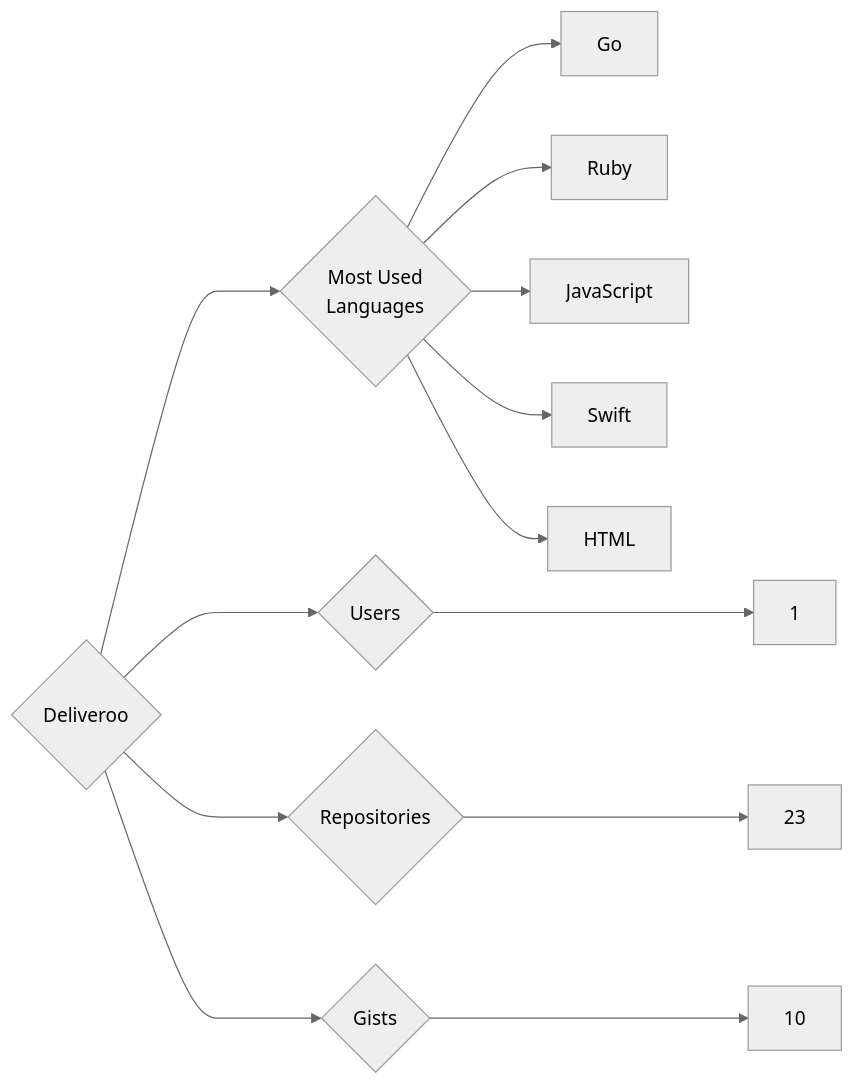
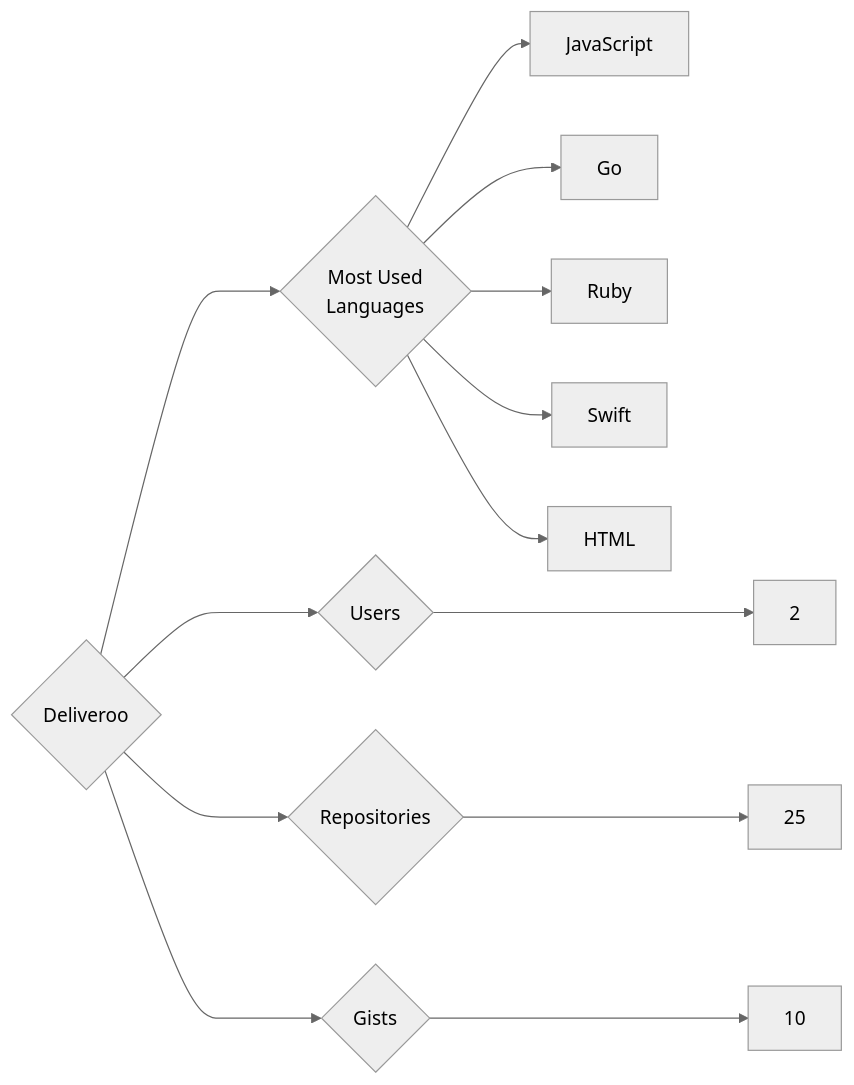
The diagram in targets/Deliveroo/README.md (trickest/insiders), drawn with Mermaid (neutral theme) before and after one commit. The commit also changed 912 other files, not shown here.

````diff
--- a/targets/Deliveroo/README.md
+++ b/targets/Deliveroo/README.md
@@ -3,13 +3,13 @@
 ```mermaid
 graph LR
 COMPANY_NAME{Deliveroo}
-COMPANY_NAME ---> U{Users} ---> UN[1]
-COMPANY_NAME ---> R{Repositories} ---> RN[23]
+COMPANY_NAME ---> U{Users} ---> UN[2]
+COMPANY_NAME ---> R{Repositories} ---> RN[25]
 COMPANY_NAME ---> G{Gists} ---> GN[10]
 COMPANY_NAME ---> ML{Most Used<br>Languages}
+ML --> JavaScript[JavaScript]
 ML --> Go[Go]
 ML --> Ruby[Ruby]
-ML --> JavaScript[JavaScript]
 ML --> Swift[Swift]
 ML --> HTML[HTML]
 ```
````
